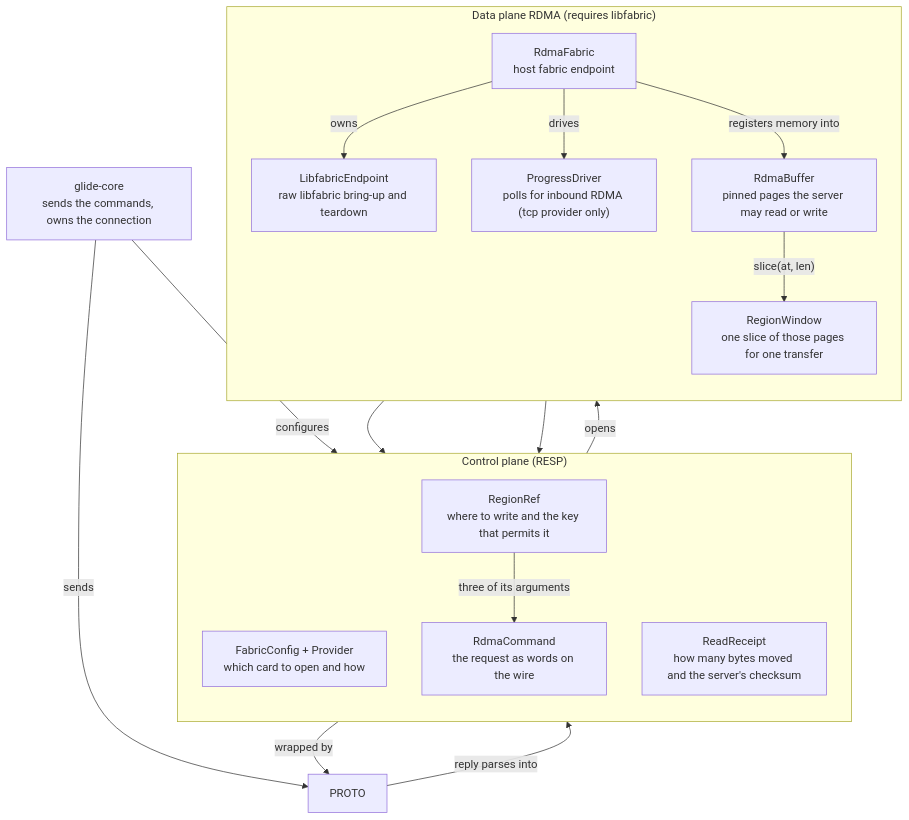
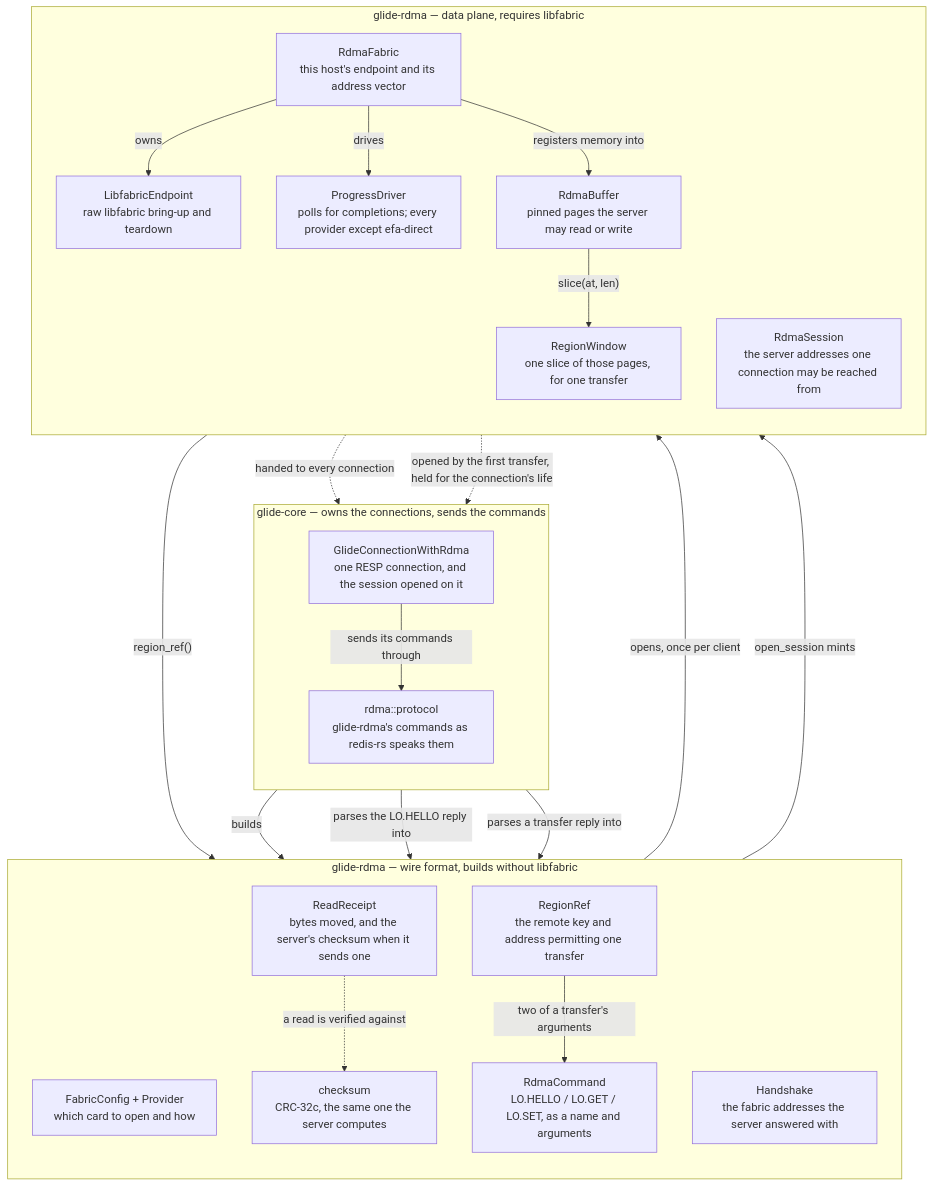
One commit to neerajr0/valkey-large-object changed the diagram in docs/RDMA_CLIENT_INTEGRATIONS_DESIGN.md. Above: the diagram before and after it, drawn with Mermaid.

Commit message:
more complete diagram

````diff
--- a/docs/RDMA_CLIENT_INTEGRATIONS_DESIGN.md
+++ b/docs/RDMA_CLIENT_INTEGRATIONS_DESIGN.md
@@ -82,34 +82,45 @@
     ```mermaid
     flowchart TB
-      GC["glide-core<br/>sends the commands, owns the connection"]
-    
-      subgraph CP["Control plane (RESP)"]
+      subgraph GCORE["glide-core — owns the connections, sends the commands"]
+        direction TB
+        CONN["GlideConnectionWithRdma<br/>one RESP connection, and the session opened on it"]
+        PROTO["rdma::protocol<br/>glide-rdma's commands as redis-rs speaks them"]
+      end
+
+      subgraph WIRE["glide-rdma — wire format, builds without libfabric"]
         direction TB
         FC["FabricConfig + Provider<br/>which card to open and how"]
-        ADV["RegionRef<br/>where to write and the key that permits it"]
-        CMD["RdmaCommand<br/>the request as words on the wire"]
-        RCPT["ReadReceipt<br/>how many bytes moved and the server's checksum"]
+        CMD["RdmaCommand<br/>LO.HELLO / LO.GET / LO.SET, as a name and arguments"]
+        ADV["RegionRef<br/>the remote key and address permitting one transfer"]
+        HS["Handshake<br/>the fabric addresses the server answered with"]
+        RCPT["ReadReceipt<br/>bytes moved, and the server's checksum when it sends one"]
+        CK["checksum<br/>CRC-32c, the same one the server computes"]
       end
-    
-      subgraph DP["Data plane RDMA (requires libfabric)"]
+
+      subgraph DP["glide-rdma — data plane, requires libfabric"]
         direction TB
-        FAB["RdmaFabric<br/>host fabric endpoint"]
+        FAB["RdmaFabric<br/>this host's endpoint and its address vector"]
+        SESS["RdmaSession<br/>the server addresses one connection may be reached from"]
         BUF["RdmaBuffer<br/>pinned pages the server may read or write"]
-        WIN["RegionWindow<br/>one slice of those pages for one transfer"]
+        WIN["RegionWindow<br/>one slice of those pages, for one transfer"]
         EP["LibfabricEndpoint<br/>raw libfabric bring-up and teardown"]
-        PROG["ProgressDriver<br/>polls for inbound RDMA (tcp provider only)"]
+        PROG["ProgressDriver<br/>polls for completions; every provider except efa-direct"]
       end
-    
-      GC -->|configures| FC
-      GC -->|sends| PROTO
-      FC -->|opens| FAB
+
+      CONN -->|"sends its commands through"| PROTO
+      PROTO -->|builds| CMD
+      PROTO -->|"parses the LO.HELLO reply into"| HS
+      PROTO -->|"parses a transfer reply into"| RCPT
+      RCPT -.->|"a read is verified against"| CK
+
+      FC -->|"opens, once per client"| FAB
+      FAB -.->|"handed to every connection"| CONN
       FAB -->|owns| EP
       FAB -->|drives| PROG
-      FAB -->|registers memory into| BUF
+      FAB -->|"registers memory into"| BUF
       BUF -->|"slice(at, len)"| WIN
-      BUF --> ADV
-      WIN --> ADV
-      ADV -->|"three of its arguments"| CMD
-      CMD -->|wrapped by| PROTO
-      PROTO -->|reply parses into| RCPT
+      WIN -->|"region_ref()"| ADV
+      ADV -->|"two of a transfer's arguments"| CMD
+      HS -->|"open_session mints"| SESS
+      SESS -.->|"opened by the first transfer, held for the connection's life"| CONN
     ```
````
